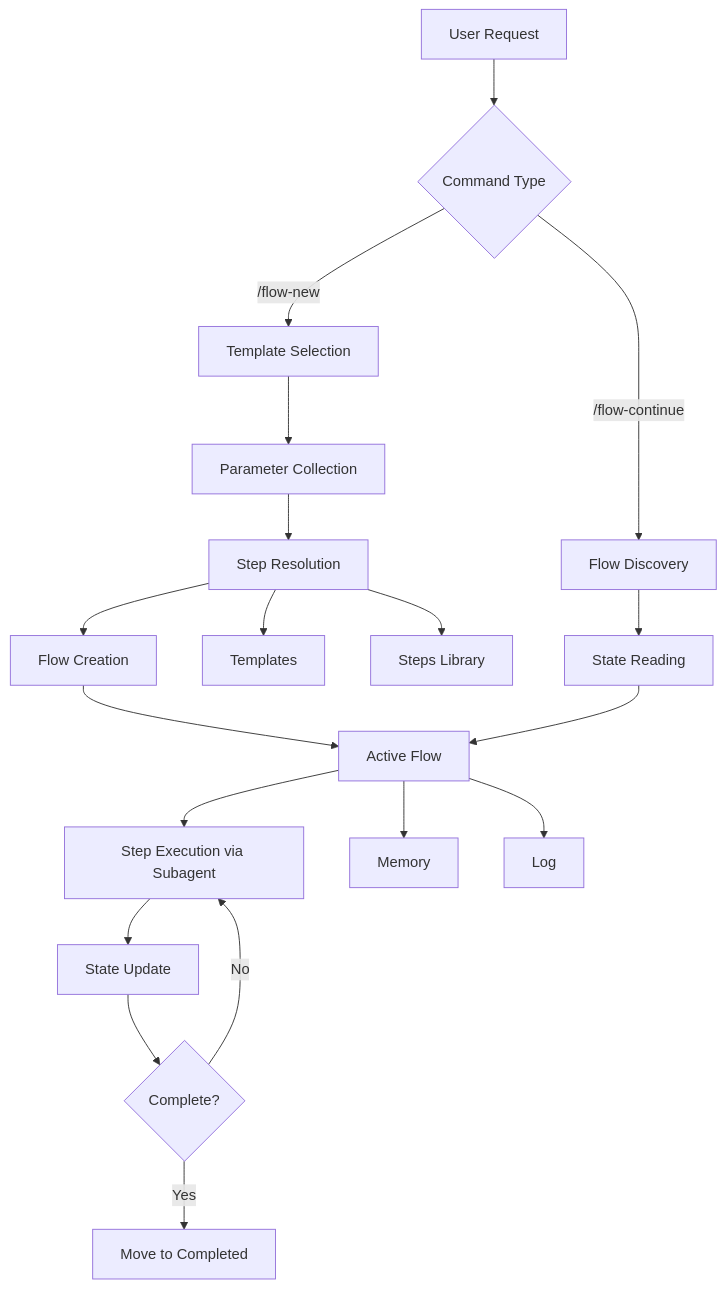
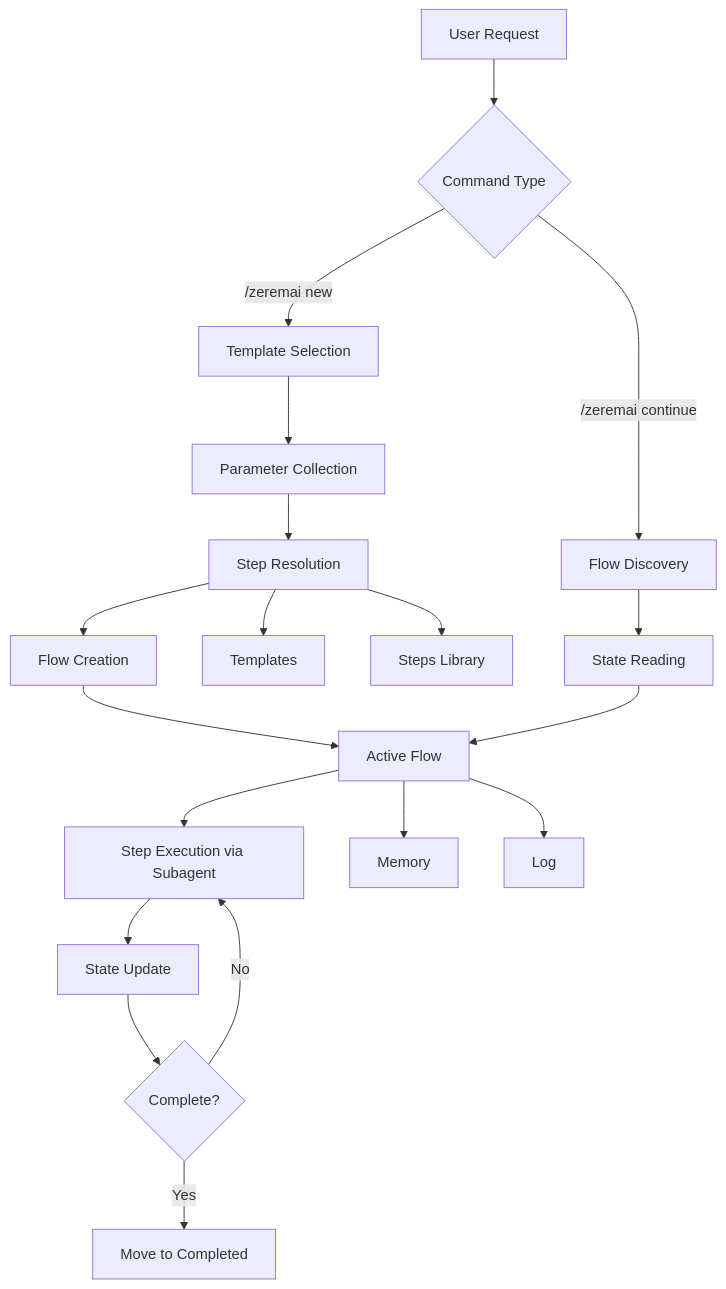
The first of 2 diagrams in docs/architecture.md (HMTools/ZeremAI), drawn with Mermaid before and after one commit. The commit also changed other lines of this file and 32 other files, not shown here.

Commit message:
feat: the command is /zeremai, not /flow (v4.0.0)

````diff
--- a/docs/architecture.md
+++ b/docs/architecture.md
@@ -127,25 +127,25 @@
 ```mermaid
 graph TD
     A[User Request] --> B{Command Type}
-    B -->|/flow-new| C[Template Selection]
-    B -->|/flow-continue| D[Flow Discovery]
+    B -->|/zeremai new| C[Template Selection]
+    B -->|/zeremai continue| D[Flow Discovery]
     
     C --> E[Parameter Collection]
     E --> F[Step Resolution]
     F --> G[Flow Creation]
     G --> H[Active Flow]
     
     D --> I[State Reading]
     I --> H
     
     H --> J[Step Execution via Subagent]
     J --> K[State Update]
     K --> L{Complete?}
     L -->|No| J
     L -->|Yes| M[Move to Completed]
     
     F --> N[Templates]
     F --> O[Steps Library]
     H --> P[Memory]
     H --> Q[Log]
 ```
````
